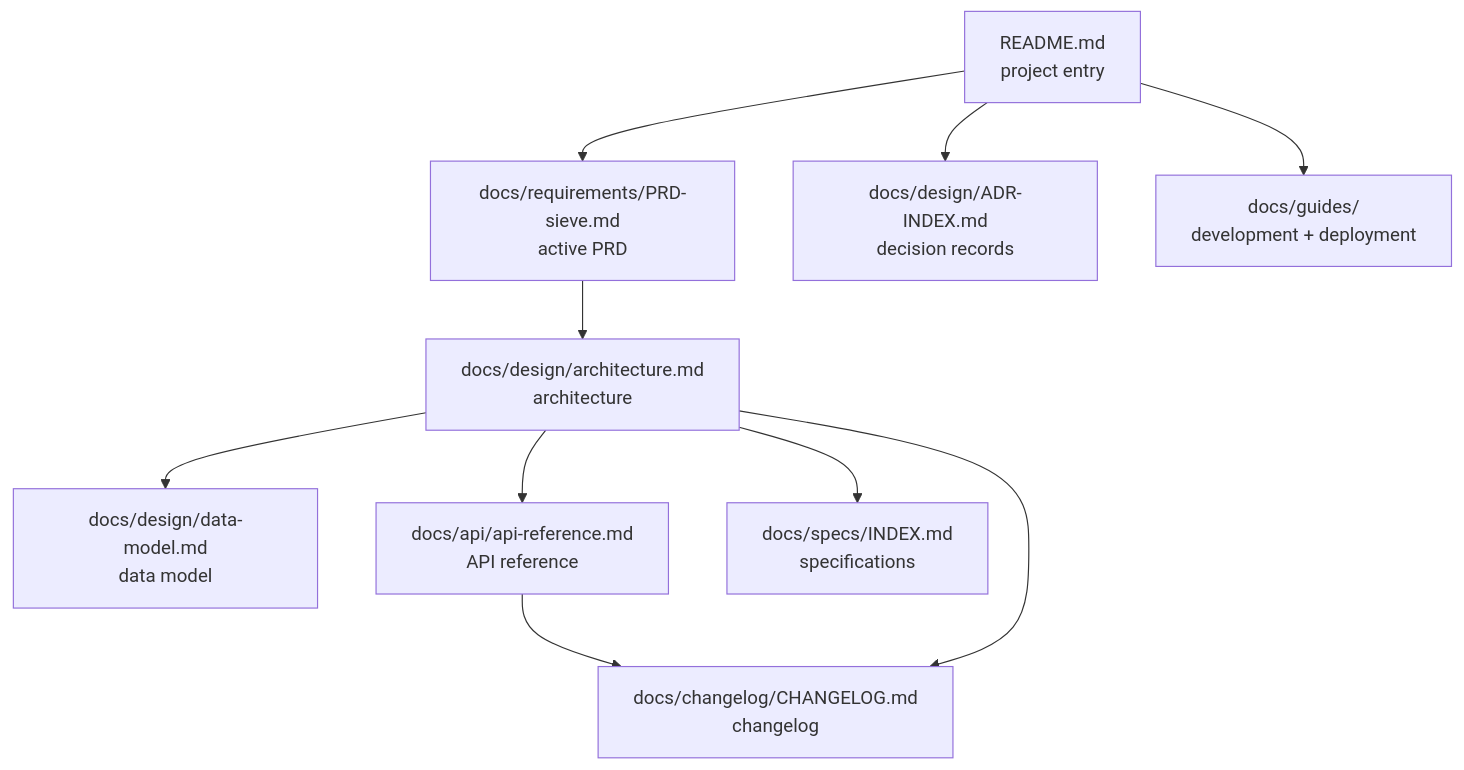
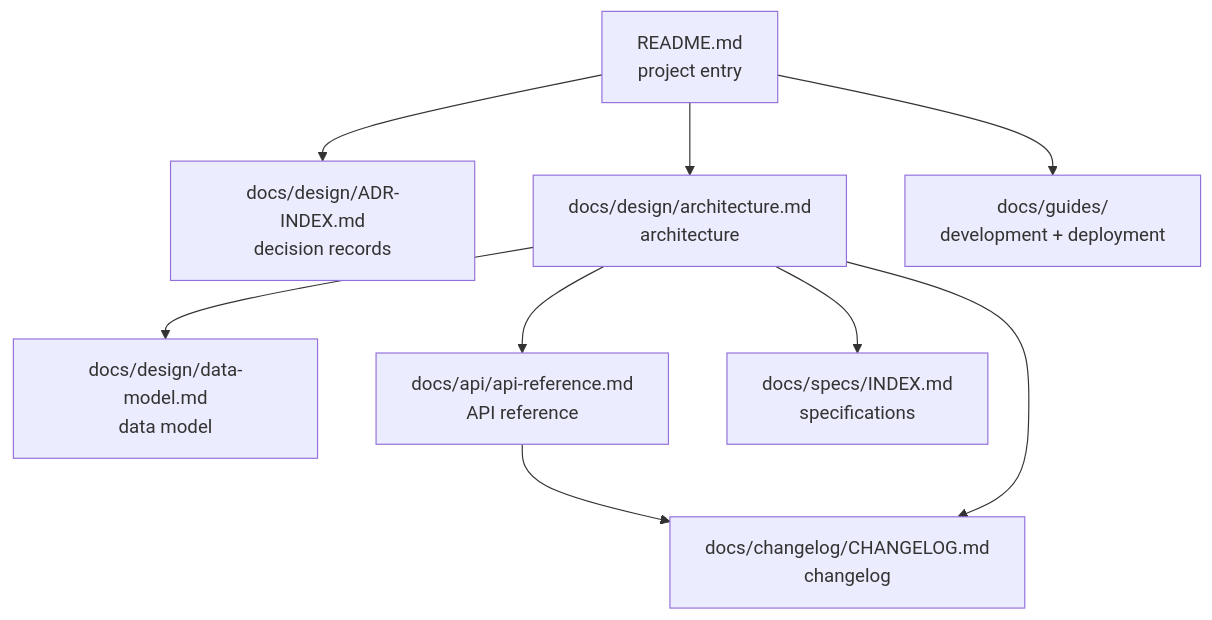
Before and after one commit to SieveAI-dev/sieve: the second of 2 diagrams in README.md, drawn with Mermaid. The commit also changed other lines of this file and 45 other files, not shown here.

````diff
--- a/README.md
+++ b/README.md
@@ -204,22 +203,20 @@
 ```mermaid
 graph TD
     README["README.md<br/>project entry"]
-    PRD["docs/requirements/PRD-sieve.md<br/>active PRD"]
     ADR["docs/design/ADR-INDEX.md<br/>decision records"]
     ARCH["docs/design/architecture.md<br/>architecture"]
     DATA["docs/design/data-model.md<br/>data model"]
     API["docs/api/api-reference.md<br/>API reference"]
     SPECS["docs/specs/INDEX.md<br/>specifications"]
     GUIDES["docs/guides/<br/>development + deployment"]
     CL["docs/changelog/CHANGELOG.md<br/>changelog"]
 
-    README --> PRD
     README --> ADR
+    README --> ARCH
     README --> GUIDES
-    PRD --> ARCH
     ARCH --> DATA
     ARCH --> API
     ARCH --> SPECS
     API --> CL
     ARCH --> CL
 ```
````
